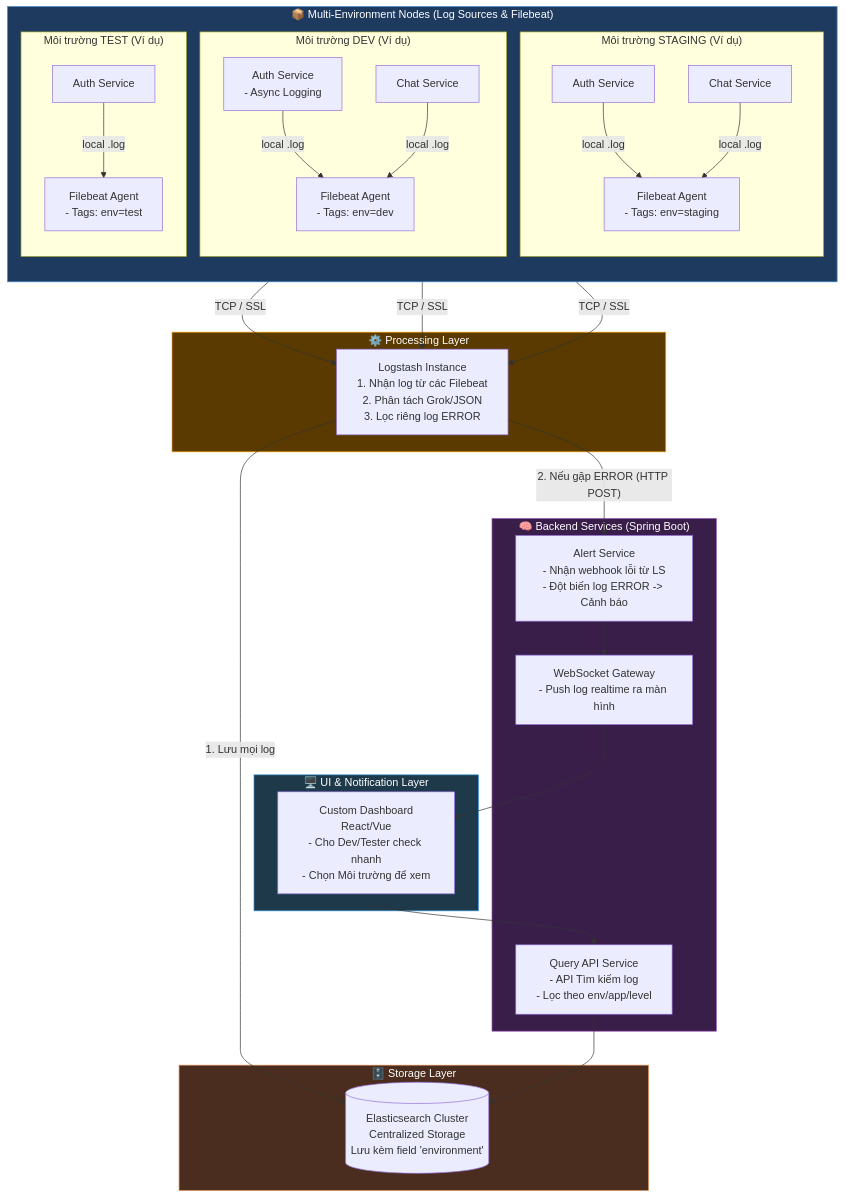
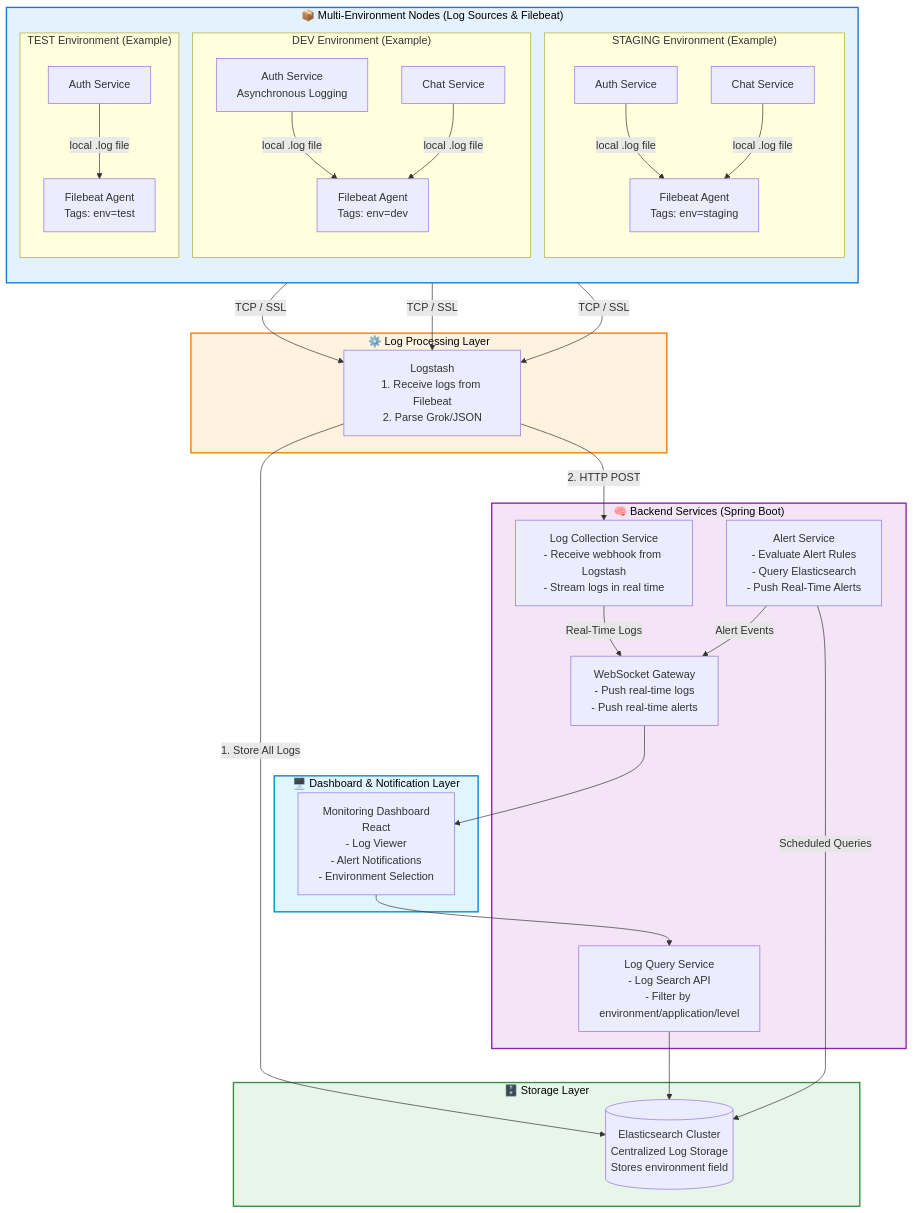
One commit to NgnTienDat/VDT-Centralized-Log-Management changed the diagram in docs/architecure.md. Above: the diagram before and after it, drawn with Mermaid. The commit also changed 26 other files, not shown here.

````diff
--- a/docs/architecure.md
+++ b/docs/architecure.md
@@ -1,87 +1,89 @@
-```mermaid
+```mermaid  
 flowchart TD
 
     %% =========================
     %% LOG PRODUCERS & AGENTS (MULTI-ENV)
     %% =========================
     subgraph SOURCES["📦 Multi-Environment Nodes (Log Sources & Filebeat)"]
-        direction TB 
+        direction TB
          
-        subgraph ENV_DEV["Môi trường DEV (Ví dụ)"]
-            A1[Auth Service\n- Async Logging] -->|local .log| FB1[Filebeat Agent\n- Tags: env=dev]
-            A2[Chat Service] -->|local .log| FB1
+        subgraph ENV_DEV["DEV Environment (Example)"]
+            A1[Auth Service<br/>Asynchronous Logging] -->|local .log file| FB1[Filebeat Agent<br/>Tags: env=dev]
+            A2[Chat Service] -->|local .log file| FB1
         end
 
-        subgraph ENV_STAGING["Môi trường STAGING (Ví dụ)"]
-            B1[Auth Service] -->|local .log| FB2[Filebeat Agent\n- Tags: env=staging]
-            B2[Chat Service] -->|local .log| FB2
+        subgraph ENV_STAGING["STAGING Environment (Example)"]
+            B1[Auth Service] -->|local .log file| FB2[Filebeat Agent<br/>Tags: env=staging]
+            B2[Chat Service] -->|local .log file| FB2
         end
         
-        subgraph ENV_TEST["Môi trường TEST (Ví dụ)"]
-            C1[Auth Service] -->|local .log| FB3[Filebeat Agent\n- Tags: env=test]
+        subgraph ENV_TEST["TEST Environment (Example)"]
+            C1[Auth Service] -->|local .log file| FB3[Filebeat Agent<br/>Tags: env=test]
         end
     end
 
     %% =========================
-    %% PROCESSING LAYER (LOGSTASH)
+    %% PROCESSING LAYER
     %% =========================
-    subgraph PROCESS["⚙️ Processing Layer"]
-        LS[Logstash Instance\n1. Nhận log từ các Filebeat\n2. Phân tách Grok/JSON\n3. Lọc riêng log ERROR]
+    subgraph PROCESS["⚙️ Log Processing Layer"]
+        LS[Logstash<br/>1. Receive logs from Filebeat<br/>2. Parse Grok/JSON]
     end
 
     %% =========================
     %% STORAGE LAYER
     %% =========================
     subgraph STORAGE["🗄️ Storage Layer"]
-        ES[(Elasticsearch Cluster\nCentralized Storage\nLưu kèm field 'environment')]
+        ES[(Elasticsearch Cluster<br/>Centralized Log Storage<br/>Stores environment field)]
     end
 
     %% =========================
-    %% BACKEND SERVICES (SPRING BOOT)
+    %% BACKEND SERVICES
     %% =========================
     subgraph BACKEND["🧠 Backend Services (Spring Boot)"]
-        QUERY[Query API Service\n- API Tìm kiếm log\n- Lọc theo env/app/level]
-        
-        ALERT[Alert Service\n- Nhận webhook lỗi từ LS\n- Đột biến log ERROR -> Cảnh báo]
-        
-        WS[WebSocket Gateway\n- Push log realtime ra màn hình]
+
+        QUERY[Log Query Service<br/>- Log Search API<br/>- Filter by environment/application/level]
+
+        COLLECT[Log Collection Service<br/>- Receive webhook from Logstash<br/>- Stream logs in real time]
+
+        ALERT[Alert Service<br/>- Evaluate Alert Rules<br/>- Query Elasticsearch<br/>- Push Real-Time Alerts]
+
+        WS[WebSocket Gateway<br/>- Push real-time logs<br/>- Push real-time alerts]
     end
 
     %% =========================
-    %% FRONTEND & NOTIFICATION
+    %% FRONTEND
     %% =========================
-    subgraph FRONTEND_LAYER["🖥️ UI & Notification Layer"]
-        REACT[Custom Dashboard\nReact/Vue\n- Cho Dev/Tester check nhanh\n- Chọn Môi trường để xem]
+    subgraph FRONTEND_LAYER["🖥️ Dashboard & Notification Layer"]
+        REACT[Monitoring Dashboard<br/>React<br/>- Log Viewer<br/>- Alert Notifications<br/>- Environment Selection]
     end
 
     %% =========================
-    %% FLOW DIRECTION
+    %% DATA FLOW
     %% =========================
 
-    %% Filebeat các môi trường đẩy thẳng về cổng TCP của Logstash công ty
     FB1 -->|TCP / SSL| LS
     FB2 -->|TCP / SSL| LS
     FB3 -->|TCP / SSL| LS
 
-    %% Logstash rẽ nhánh dữ liệu
-    LS -->|1. Lưu mọi log| ES
-    LS -- "2. Nếu gặp ERROR (HTTP POST)" --> ALERT
+    LS -->|1. Store All Logs| ES
+    LS -->|2. HTTP POST| COLLECT
 
-    %% Luồng Query & Hiển thị
     QUERY --> ES
     REACT --> QUERY
-    
-    %% Luồng Cảnh báo
-    ALERT --> WS
+
+    COLLECT -->|Real-Time Logs| WS
+
+    ALERT -->|Scheduled Queries| ES
+    ALERT -->|Alert Events| WS
+
     WS --> REACT
 
     %% =========================
-    %% STYLE COLORS
+    %% COLORS
     %% =========================
-    style SOURCES fill:#1e3a5f,color:#fff,stroke:#4a90d9
-    style PROCESS fill:#5a3a00,color:#fff,stroke:#ff9f00
-    style STORAGE fill:#4a2d1e,color:#fff,stroke:#d9844a
-    style BACKEND fill:#3a1e4a,color:#fff,stroke:#9b59b6
-    style FRONTEND_LAYER fill:#1e3a4a,color:#fff,stroke:#3498db
-
+    style SOURCES fill:#E3F2FD,stroke:#1976D2,stroke-width:2px,color:#000
+    style PROCESS fill:#FFF3E0,stroke:#F57C00,stroke-width:2px,color:#000
+    style STORAGE fill:#E8F5E9,stroke:#388E3C,stroke-width:2px,color:#000
+    style BACKEND fill:#F3E5F5,stroke:#8E24AA,stroke-width:2px,color:#000
+    style FRONTEND_LAYER fill:#E1F5FE,stroke:#0288D1,stroke-width:2px,color:#000
 ```
````
